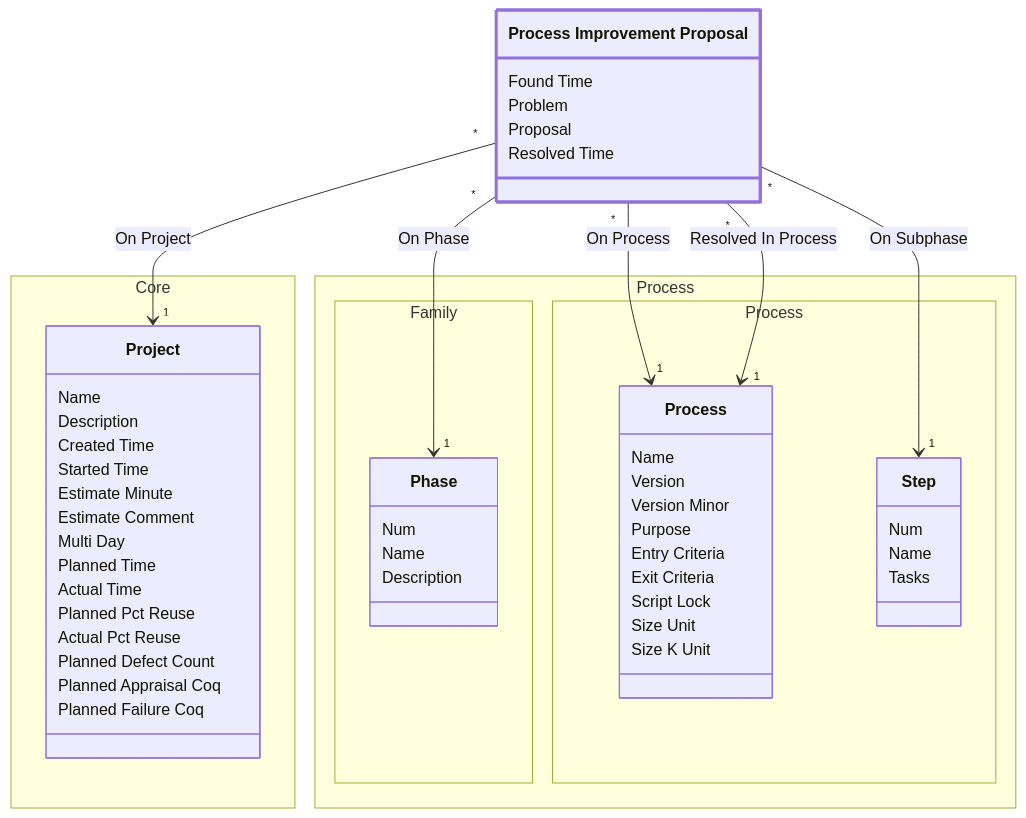
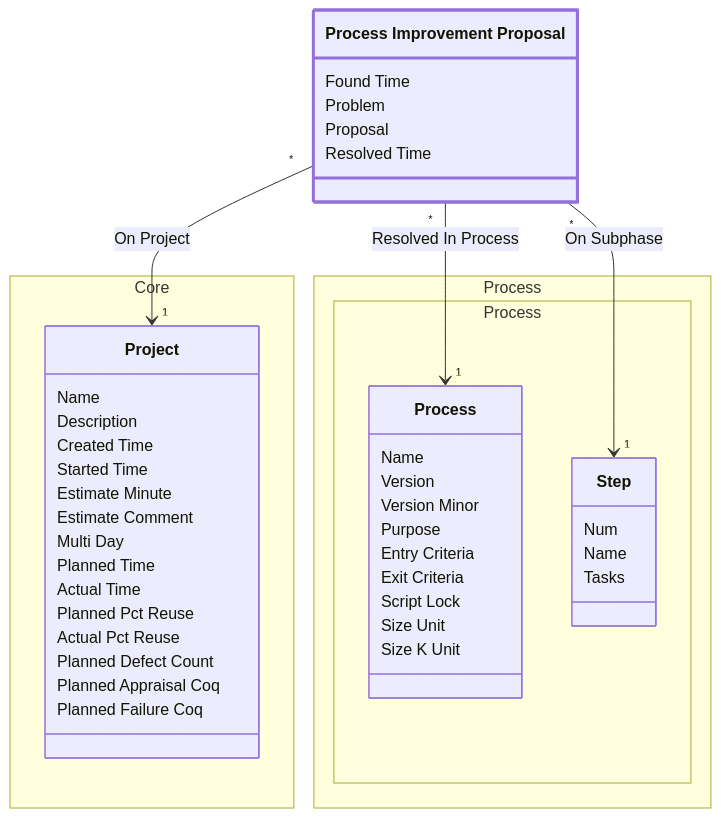
Before and after one commit to glemzurg/glemzurg: the diagram in examples/requirements/req/output/development/class-domain.project.subdomain.quality.class.pip.md, drawn with Mermaid. The commit also changed other lines of this file and 30 other files, not shown here.

````diff
--- a/examples/requirements/req/output/development/class-domain.project.subdomain.quality.class.pip.md
+++ b/examples/requirements/req/output/development/class-domain.project.subdomain.quality.class.pip.md
@@ -26,64 +26,55 @@
 ```mermaid
 ---
 config:
   class:
     hideEmptyMembersBox: true
 ---
 classDiagram
 class class_domain_project_subdomain_quality_class_pip["Process Improvement Proposal"] {
         Found Time
         Problem
         Proposal
         Resolved Time
     }
 namespace Core {
 class class_domain_project_subdomain_core_class_project["Project"] {
             Name
             Description
             Created Time
             Started Time
             Estimate Minute
             Estimate Comment
             Multi Day
             Planned Time
             Actual Time
             Planned Pct Reuse
             Actual Pct Reuse
             Planned Defect Count
             Planned Appraisal Coq
             Planned Failure Coq
         }
 }
-namespace Process.Family {
-class class_domain_process_subdomain_family_class_phase["Phase"] {
-            Num
-            Name
-            Description
-        }
-}
 namespace Process.Process {
 class class_domain_process_subdomain_process_class_process["Process"] {
             Name
             Version
             Version Minor
             Purpose
             Entry Criteria
             Exit Criteria
             Script Lock
             Size Unit
             Size K Unit
         }
 class class_domain_process_subdomain_process_class_step["Step"] {
             Num
             Name
             Tasks
         }
 }
 style class_domain_project_subdomain_quality_class_pip stroke:#9370DB,stroke-width:3px
-class_domain_project_subdomain_quality_class_pip "*" --> "1" class_domain_process_subdomain_family_class_phase : On Phase
-class_domain_project_subdomain_quality_class_pip "*" --> "1" class_domain_process_subdomain_process_class_process : On Process
 class_domain_project_subdomain_quality_class_pip "*" --> "1" class_domain_process_subdomain_process_class_process : Resolved In Process
 class_domain_project_subdomain_quality_class_pip "*" --> "1" class_domain_process_subdomain_process_class_step : On Subphase
 class_domain_project_subdomain_quality_class_pip "*" --> "1" class_domain_project_subdomain_core_class_project : On Project
 
 ```
````
